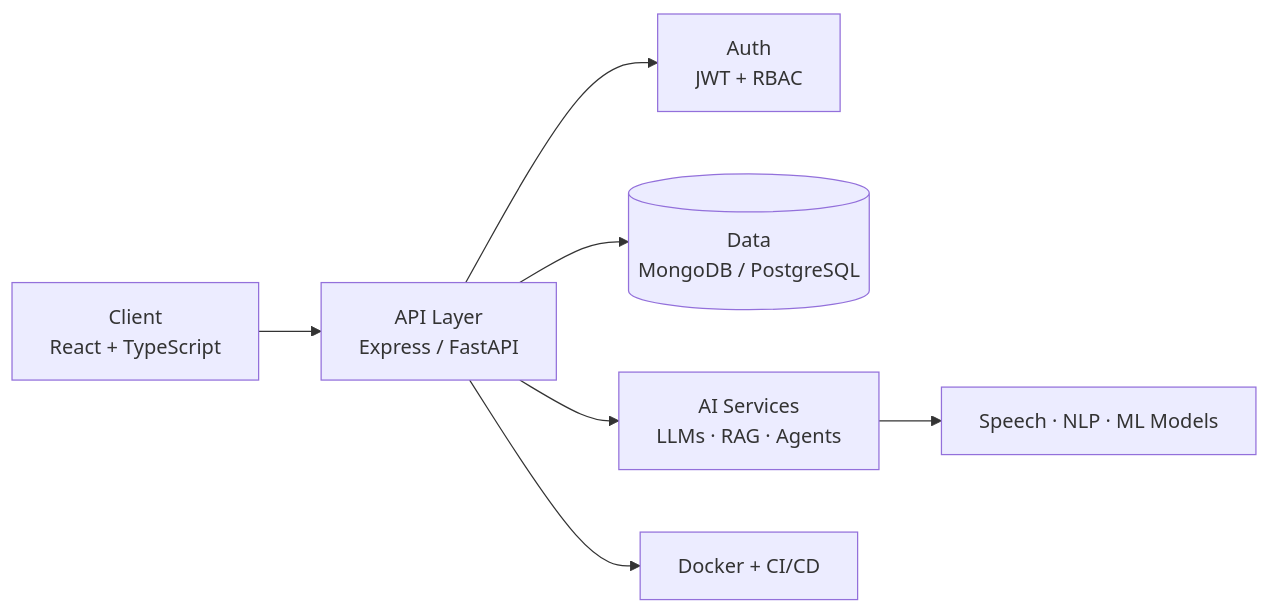
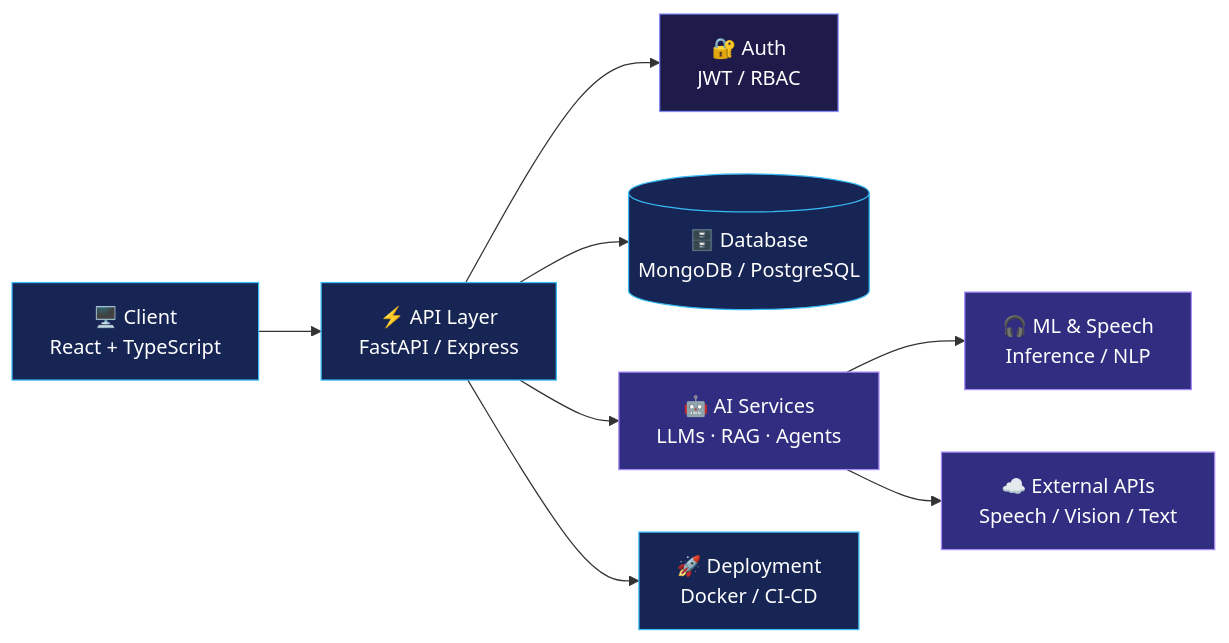
Before and after one commit to Shwetarawat061/Shwetarawat061: the diagram in README.md, drawn with Mermaid. The commit also changed other lines of this file, not shown here.

````diff
--- a/README.md
+++ b/README.md
@@ -81,9 +233,28 @@
 ```mermaid
 flowchart LR
-    A[Client<br/>React + TypeScript] --> B[API Layer<br/>Express / FastAPI]
-    B --> C[Auth<br/>JWT + RBAC]
-    B --> D[(Data<br/>MongoDB / PostgreSQL)]
-    B --> E[AI Services<br/>LLMs · RAG · Agents]
-    E --> F[Speech · NLP · ML Models]
-    B --> G[Docker + CI/CD]
+    C["🖥️ Client<br/>React + TypeScript"]
+    API["⚡ API Layer<br/>FastAPI / Express"]
+    AUTH["🔐 Auth<br/>JWT / RBAC"]
+    DB[("🗄️ Database<br/>MongoDB / PostgreSQL")]
+    AI["🤖 AI Services<br/>LLMs · RAG · Agents"]
+    ML["🎧 ML & Speech<br/>Inference / NLP"]
+    EXT["☁️ External APIs<br/>Speech / Vision / Text"]
+    DEP["🚀 Deployment<br/>Docker / CI-CD"]
+
+    C --> API
+    API --> AUTH
+    API --> DB
+    API --> AI
+    AI --> ML
+    AI --> EXT
+    API --> DEP
+
+    style C fill:#172554,stroke:#38bdf8,color:#ffffff
+    style API fill:#172554,stroke:#38bdf8,color:#ffffff
+    style AUTH fill:#1e1b4b,stroke:#818cf8,color:#ffffff
+    style DB fill:#172554,stroke:#38bdf8,color:#ffffff
+    style AI fill:#312e81,stroke:#a78bfa,color:#ffffff
+    style ML fill:#312e81,stroke:#a78bfa,color:#ffffff
+    style EXT fill:#312e81,stroke:#a78bfa,color:#ffffff
+    style DEP fill:#172554,stroke:#38bdf8,color:#ffffff
 ```
````
